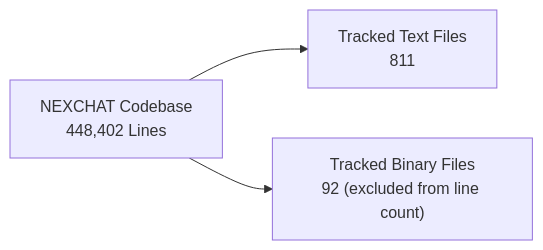
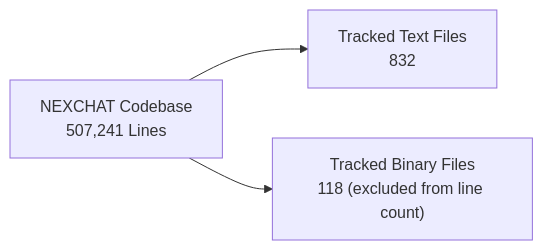
The second of 3 diagrams in count.md (alexhack235-code/NEXCHAT), drawn with Mermaid before and after one commit. The commit also changed other lines of this file and 15 other files, not shown here.

````diff
--- a/count.md
+++ b/count.md
@@ -78,5 +78,5 @@
 ```mermaid
 flowchart LR
-    ROOT["NEXCHAT Codebase<br/>448,402 Lines"] --> TEXT["Tracked Text Files<br/>811"]
-    ROOT --> BINARY["Tracked Binary Files<br/>92 (excluded from line count)"]
+    ROOT["NEXCHAT Codebase<br/>507,241 Lines"] --> TEXT["Tracked Text Files<br/>832"]
+    ROOT --> BINARY["Tracked Binary Files<br/>118 (excluded from line count)"]
 ```
````
